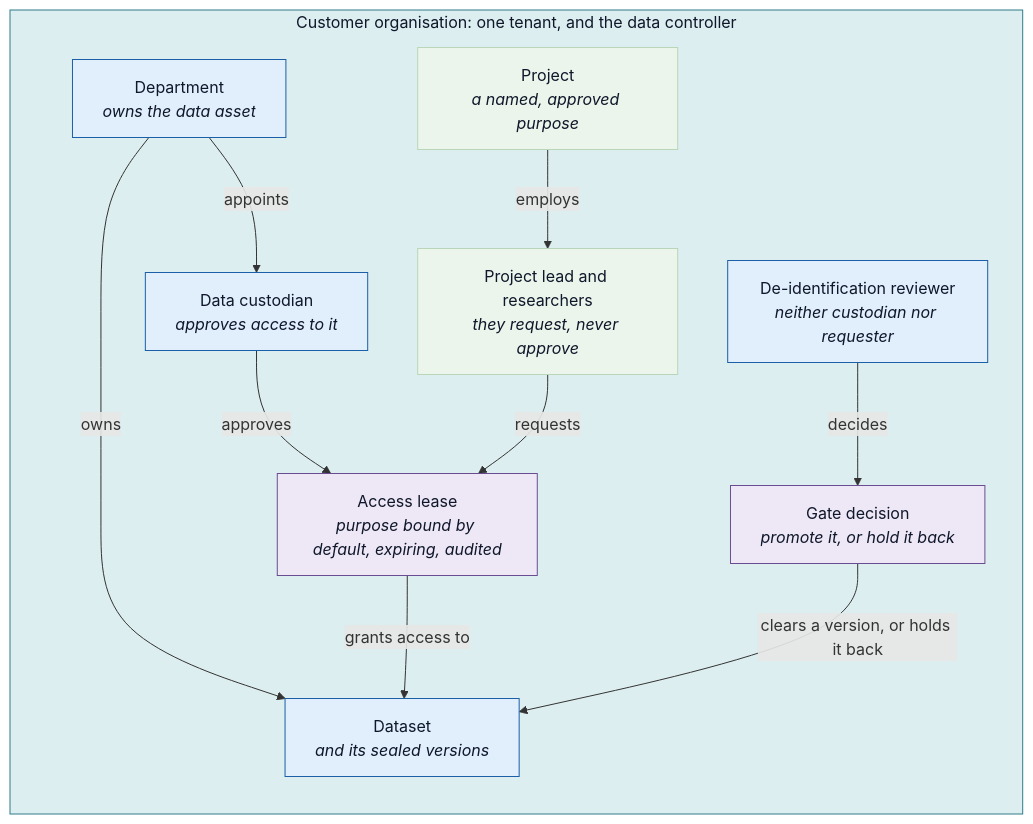
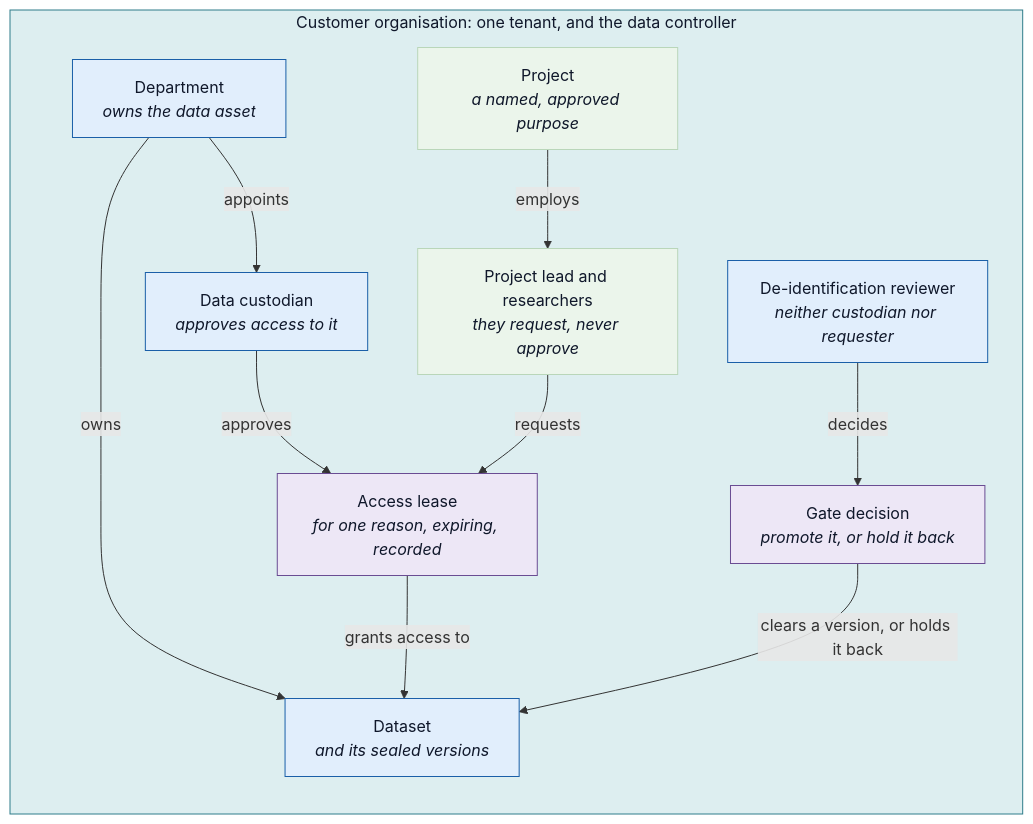
Before and after one commit to albinjacob/munitas: the diagram in docs/public/design/governance-model.md, drawn with Mermaid. The commit also changed other lines of this file and 6 other files, not shown here.

First line of the commit message:
Docs: the public architecture page shows Munitas in layers, and the governance model is simpler

````diff
--- a/docs/public/design/governance-model.md
+++ b/docs/public/design/governance-model.md
@@ -35,32 +23,32 @@
 ```mermaid
 flowchart TB
   subgraph ORG["Customer organisation: one tenant, and the data controller"]
     direction TB
     DEPT["Department<br/><i>owns the data asset</i>"]
     PROJ["Project<br/><i>a named, approved purpose</i>"]
     DATA["Dataset<br/><i>and its sealed versions</i>"]
     CUST["Data custodian<br/><i>approves access to it</i>"]
     REQ["Project lead and researchers<br/><i>they request, never approve</i>"]
-    LEASE["Access lease<br/><i>purpose bound by default, expiring, audited</i>"]
+    LEASE["Access lease<br/><i>for one reason, expiring, recorded</i>"]
     REVIEWER["De-identification reviewer<br/><i>neither custodian nor requester</i>"]
     GATE["Gate decision<br/><i>promote it, or hold it back</i>"]
 
     DEPT -- owns --> DATA
     DEPT -- appoints --> CUST
     PROJ -- employs --> REQ
     CUST -- approves --> LEASE
     REQ -- requests --> LEASE
     LEASE -- grants access to --> DATA
     REVIEWER -- decides --> GATE
     GATE -- clears a version, or holds it back --> DATA
   end
 
   classDef owning fill:#E1EEFC,stroke:#1A5FA8,color:#0f172a
   classDef requesting fill:#EBF5EB,stroke:#B9D6B9,color:#0f172a
   classDef artefact fill:#EDE7F6,stroke:#6A4C93,color:#0f172a
   class DEPT,DATA,CUST,REVIEWER owning
   class PROJ,REQ requesting
   class LEASE,GATE artefact
   classDef boundary fill:#DDEEF0,stroke:#2E7D8A,color:#0f172a
   class ORG boundary
 ```
````
